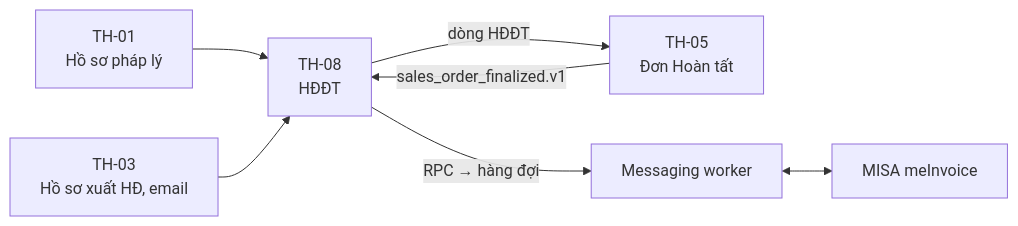
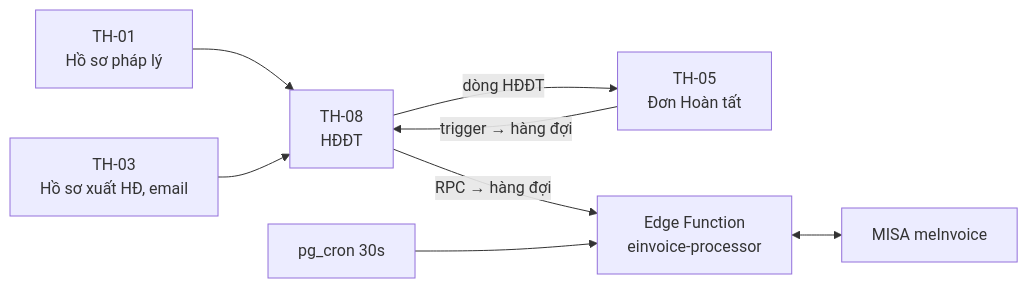
The first of 6 diagrams in docs/02-yeu-cau/TH-08-hoa-don-dien-tu.md (DsChien102/erp-sales-inventory), drawn with Mermaid before and after one commit. The commit also changed other lines of this file and 4 other files, not shown here.

````diff
--- a/docs/02-yeu-cau/TH-08-hoa-don-dien-tu.md
+++ b/docs/02-yeu-cau/TH-08-hoa-don-dien-tu.md
@@ -87,9 +87,10 @@
 ```mermaid
 flowchart LR
     T01["TH-01<br/>Hồ sơ pháp lý"] --> T08["TH-08<br/>HĐĐT"]
     T03["TH-03<br/>Hồ sơ xuất HĐ, email"] --> T08
-    T05["TH-05<br/>Đơn Hoàn tất"] -->|sales_order_finalized.v1| T08
-    T08 -->|RPC → hàng đợi| W["Messaging worker"]
+    T05["TH-05<br/>Đơn Hoàn tất"] -->|trigger → hàng đợi| T08
+    T08 -->|RPC → hàng đợi| W["Edge Function<br/>einvoice-processor"]
+    CRON["pg_cron 30s"] --> W
     W <--> MISA["MISA meInvoice"]
     T08 -->|dòng HĐĐT| T05
 ```
````
